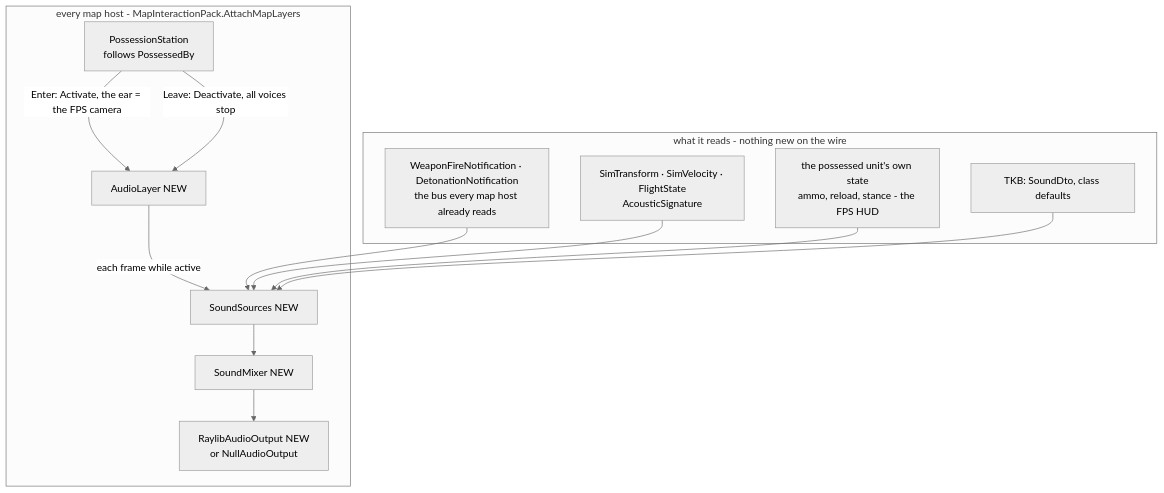
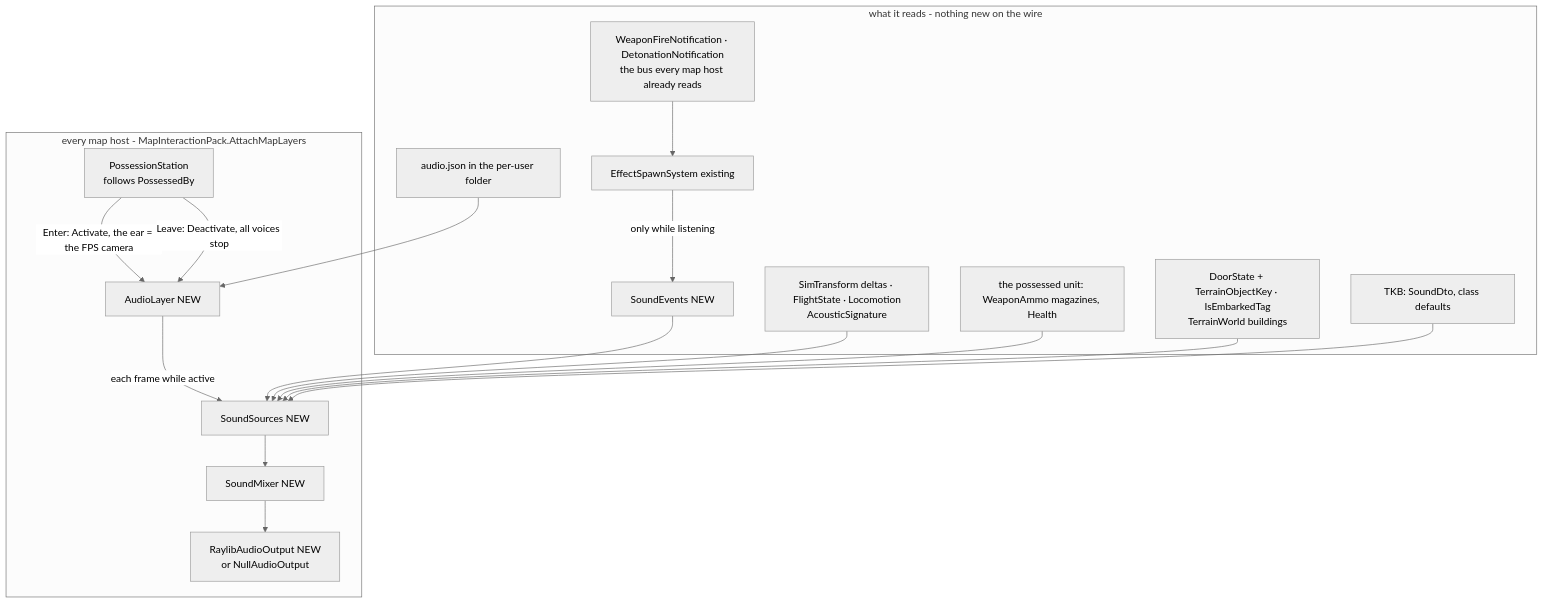
The second of 4 diagrams in docs/designs/audio/DESIGN_FPS_Audio.md (pjanec/HROT), drawn with Mermaid (neutral theme) before and after one commit. The commit also changed other lines of this file and 2 other files, not shown here.

First line of the commit message:
CE-1120 as built: the audio design's diagrams follow the build, §8 lists D1-D10; tracker row and resume doc

````diff
--- a/docs/designs/audio/DESIGN_FPS_Audio.md
+++ b/docs/designs/audio/DESIGN_FPS_Audio.md
@@ -77,16 +87,20 @@
 ```mermaid
 graph TD
     subgraph every map host - MapInteractionPack.AttachMapLayers
       PS[PossessionStation<br/>follows PossessedBy] -->|Enter: Activate, the ear = the FPS camera| AL[AudioLayer NEW]
       PS -->|Leave: Deactivate, all voices stop| AL
       AL -->|each frame while active| SRC[SoundSources NEW]
       SRC --> MIX[SoundMixer NEW]
       MIX --> OUT[RaylibAudioOutput NEW<br/>or NullAudioOutput]
     end
     subgraph what it reads - nothing new on the wire
-      EV[WeaponFireNotification · DetonationNotification<br/>the bus every map host already reads] --> SRC
-      MV[SimTransform · SimVelocity · FlightState<br/>AcousticSignature] --> SRC
-      FP[the possessed unit's own state<br/>ammo, reload, stance - the FPS HUD] --> SRC
+      EV[WeaponFireNotification · DetonationNotification<br/>the bus every map host already reads] --> ES[EffectSpawnSystem existing]
+      ES -->|only while listening| SE[SoundEvents NEW]
+      SE --> SRC
+      MV[SimTransform deltas · FlightState · Locomotion<br/>AcousticSignature] --> SRC
+      FP[the possessed unit: WeaponAmmo magazines, Health] --> SRC
+      DR[DoorState + TerrainObjectKey · IsEmbarkedTag<br/>TerrainWorld buildings] --> SRC
       TK[TKB: SoundDto, class defaults] --> SRC
+      UF[audio.json in the per-user folder] --> AL
     end
 ```
````
